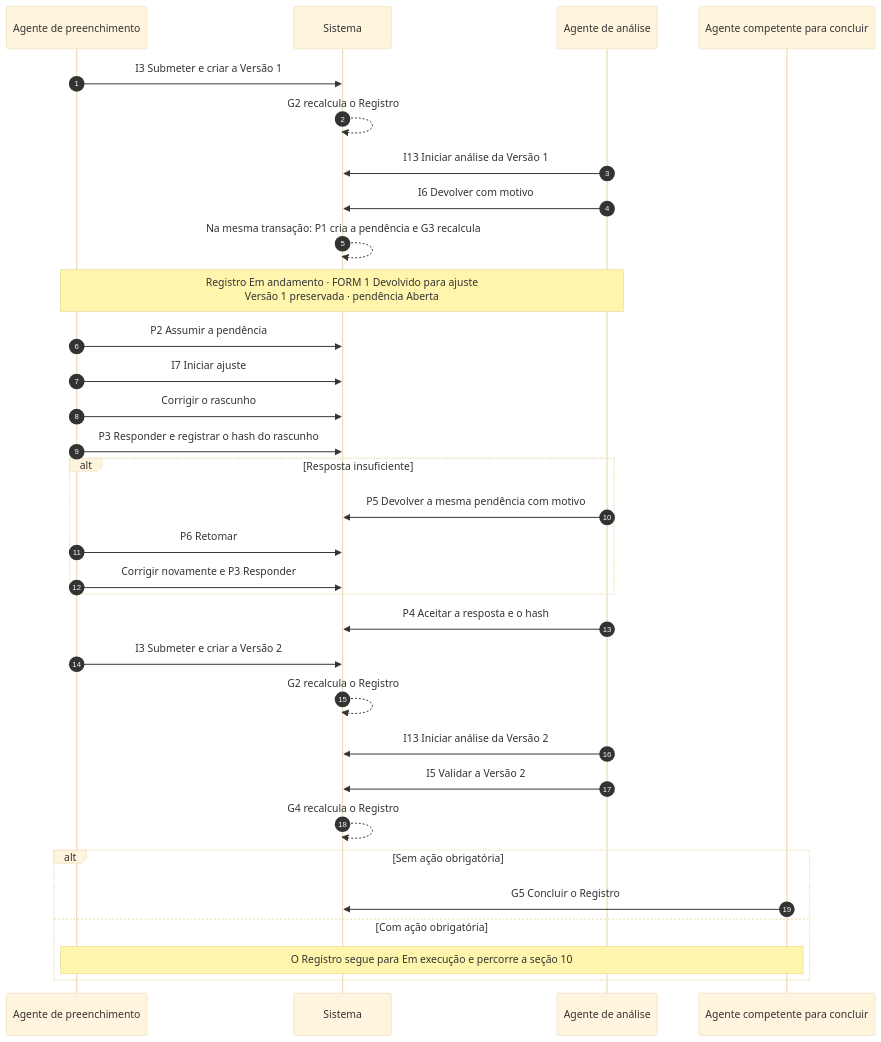
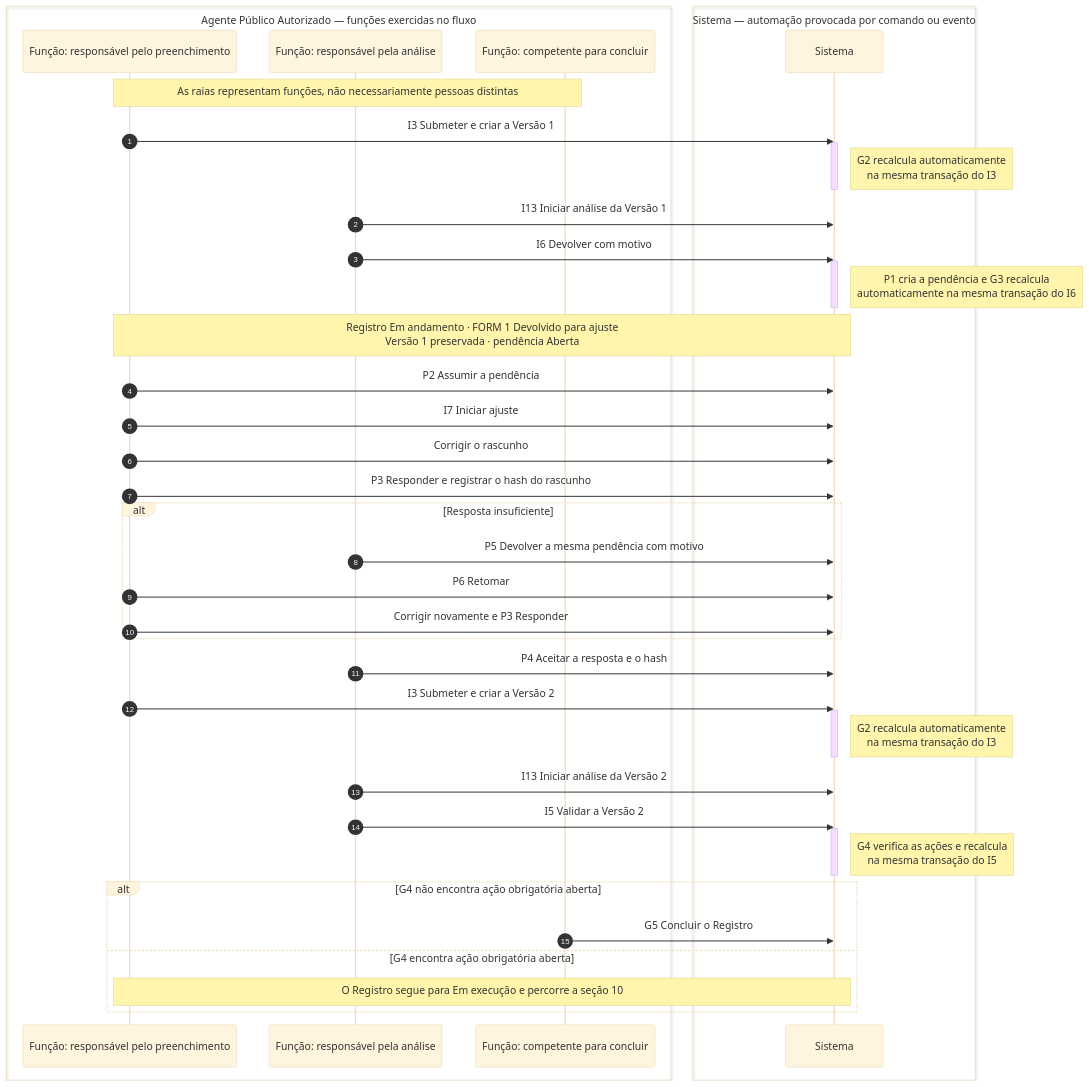
Before and after one commit to ailtonfv/governanca-lgpd-hortolandia: the fifth of 11 diagrams in docs/arquitetura/MAPA_M1a.md, drawn with Mermaid (base theme). The commit also changed other lines of this file, not shown here.

````diff
--- a/docs/arquitetura/MAPA_M1a.md
+++ b/docs/arquitetura/MAPA_M1a.md
@@ -250,39 +287,52 @@
 ```mermaid
 sequenceDiagram
     autonumber
-    participant P as Agente de preenchimento
-    participant S as Sistema
-    participant A as Agente de análise
-    participant C as Agente competente para concluir
+    box Agente Público Autorizado — funções exercidas no fluxo
+        participant P as Função: responsável pelo preenchimento
+        participant A as Função: responsável pela análise
+        participant C as Função: competente para concluir
+    end
+    box Sistema — automação provocada por comando ou evento
+        participant S as Sistema
+    end
 
+    Note over P,C: As raias representam funções, não necessariamente pessoas distintas
     P->>S: I3 Submeter e criar a Versão 1
-    S-->>S: G2 recalcula o Registro
+    activate S
+    Note right of S: G2 recalcula automaticamente<br/>na mesma transação do I3
+    deactivate S
     A->>S: I13 Iniciar análise da Versão 1
     A->>S: I6 Devolver com motivo
-    S-->>S: Na mesma transação: P1 cria a pendência e G3 recalcula
-    Note over P,A: Registro Em andamento · FORM 1 Devolvido para ajuste<br/>Versão 1 preservada · pendência Aberta
+    activate S
+    Note right of S: P1 cria a pendência e G3 recalcula<br/>automaticamente na mesma transação do I6
+    deactivate S
+    Note over P,S: Registro Em andamento · FORM 1 Devolvido para ajuste<br/>Versão 1 preservada · pendência Aberta
 
     P->>S: P2 Assumir a pendência
     P->>S: I7 Iniciar ajuste
     P->>S: Corrigir o rascunho
     P->>S: P3 Responder e registrar o hash do rascunho
 
     alt Resposta insuficiente
         A->>S: P5 Devolver a mesma pendência com motivo
         P->>S: P6 Retomar
         P->>S: Corrigir novamente e P3 Responder
     end
 
     A->>S: P4 Aceitar a resposta e o hash
     P->>S: I3 Submeter e criar a Versão 2
-    S-->>S: G2 recalcula o Registro
+    activate S
+    Note right of S: G2 recalcula automaticamente<br/>na mesma transação do I3
+    deactivate S
     A->>S: I13 Iniciar análise da Versão 2
     A->>S: I5 Validar a Versão 2
-    S-->>S: G4 recalcula o Registro
+    activate S
+    Note right of S: G4 verifica as ações e recalcula<br/>na mesma transação do I5
+    deactivate S
 
-    alt Sem ação obrigatória
+    alt G4 não encontra ação obrigatória aberta
         C->>S: G5 Concluir o Registro
-    else Com ação obrigatória
-        Note over P,C: O Registro segue para Em execução e percorre a seção 10
+    else G4 encontra ação obrigatória aberta
+        Note over P,S: O Registro segue para Em execução e percorre a seção 10
     end
 ```
````
